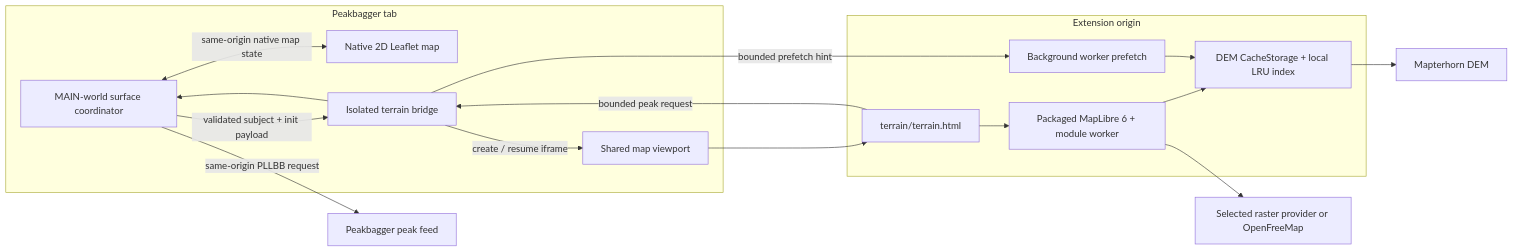
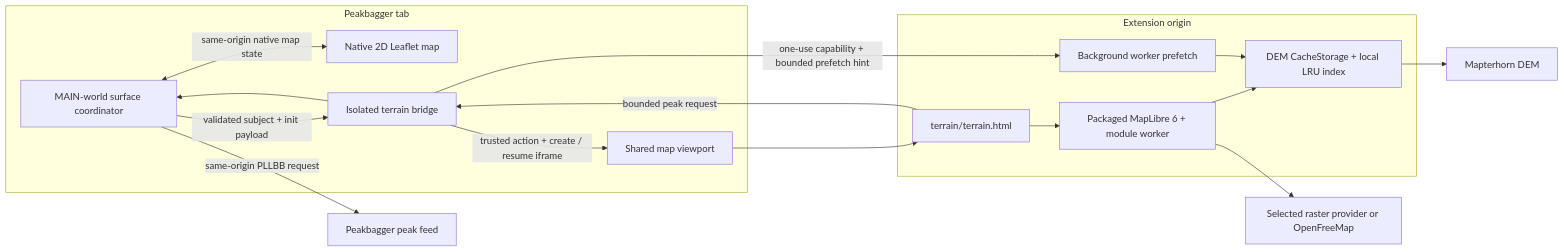
One commit to wilmtang/better-peakbagger changed the first of 2 diagrams in docs/3d-map.md. Above: the diagram before and after it, drawn with Mermaid. The commit also changed other lines of this file and 26 other files, not shown here.

````diff
--- a/docs/3d-map.md
+++ b/docs/3d-map.md
@@ -63,30 +66,30 @@
 ```mermaid
 flowchart LR
     subgraph peakbagger["Peakbagger tab"]
         native["Native 2D Leaflet map"]
         page["MAIN-world surface coordinator"]
         bridge["Isolated terrain bridge"]
         mount["Shared map viewport"]
     end
 
     subgraph extension["Extension origin"]
         frame["terrain/terrain.html"]
         maplibre["Packaged MapLibre 6 + module worker"]
         cache["DEM CacheStorage + local LRU index"]
         worker["Background worker prefetch"]
     end
 
     page -->|"validated subject + init payload"| bridge
-    bridge -->|"create / resume iframe"| mount
+    bridge -->|"trusted action + create / resume iframe"| mount
     mount --> frame
     frame --> maplibre
     maplibre --> cache
     page <-->|"same-origin native map state"| native
     frame -->|"bounded peak request"| bridge
     bridge --> page
     page -->|"same-origin PLLBB request"| peakbaggerFeed["Peakbagger peak feed"]
-    bridge -->|"bounded prefetch hint"| worker
+    bridge -->|"one-use capability + bounded prefetch hint"| worker
     worker --> cache
     cache --> dem["Mapterhorn DEM"]
     maplibre --> imagery["Selected raster provider or OpenFreeMap"]
 ```
````
